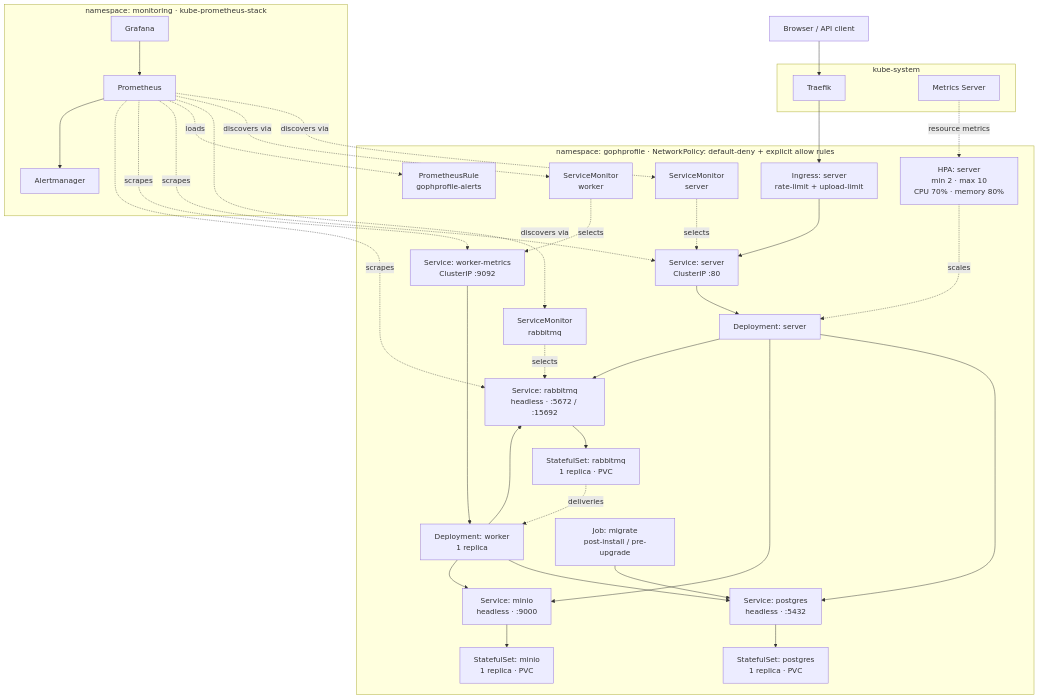
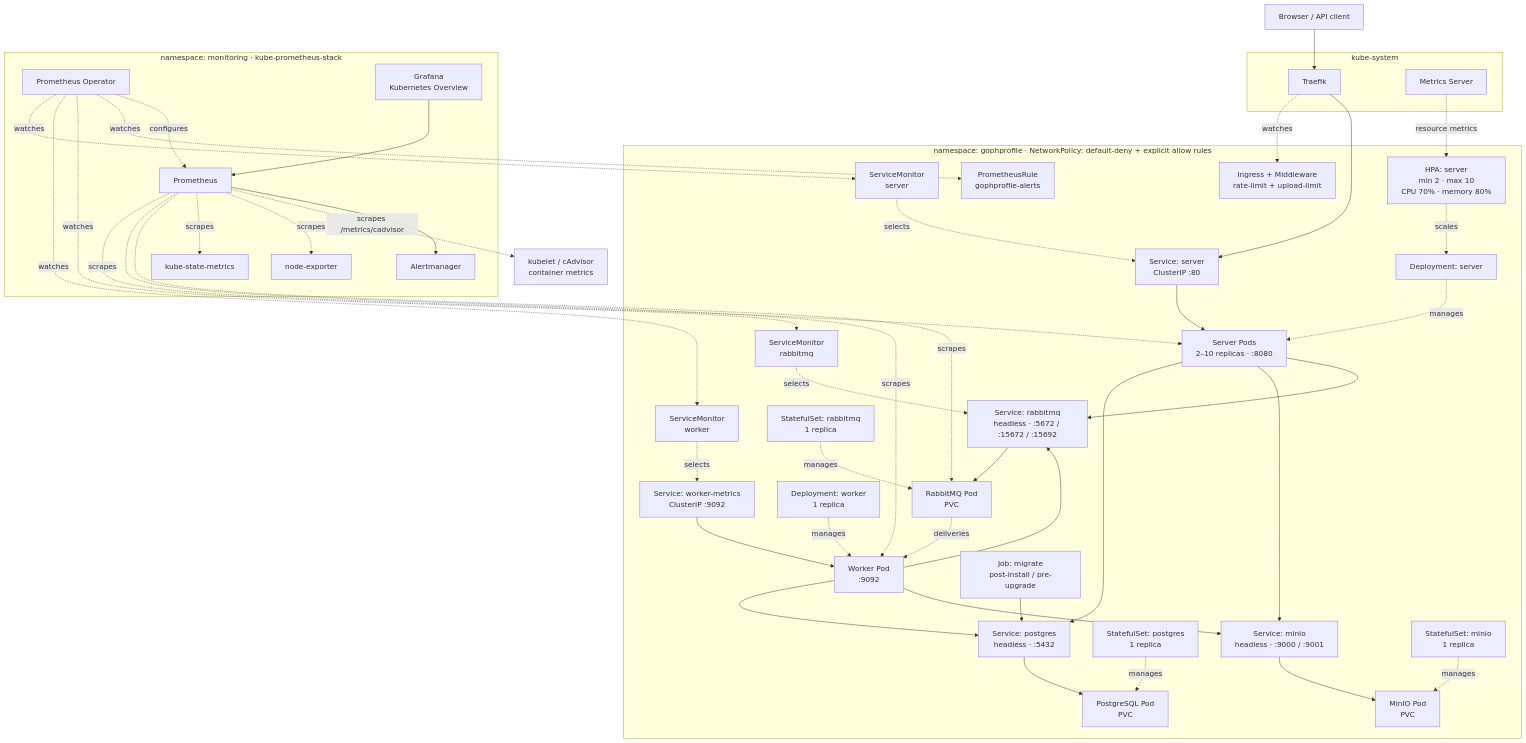
Before and after one commit to xhrobj/gophprofile: the second of 2 diagrams in README.md, drawn with Mermaid. The commit also changed other lines of this file and 2 other files, not shown here.

````diff
--- a/README.md
+++ b/README.md
@@ -230,6 +301,7 @@
 ```mermaid
 flowchart TB
     client["Browser / API client"]
+    kubelet["kubelet / cAdvisor<br/>container metrics"]
 
     subgraph system["kube-system"]
         traefik["Traefik"]
@@ -237,46 +309,62 @@
     end
 
     subgraph app["namespace: gophprofile · NetworkPolicy: default-deny + explicit allow rules"]
-        ingress["Ingress: server<br/>rate-limit + upload-limit"]
+        ingress["Ingress + Middleware<br/>rate-limit + upload-limit"]
 
         serverSvc["Service: server<br/>ClusterIP :80"]
-        server["Deployment: server"]
+        serverDeployment["Deployment: server"]
+        serverPods["Server Pods<br/>2–10 replicas · :8080"]
         hpa["HPA: server<br/>min 2 · max 10<br/>CPU 70% · memory 80%"]
 
         workerSvc["Service: worker-metrics<br/>ClusterIP :9092"]
-        worker["Deployment: worker<br/>1 replica"]
+        workerDeployment["Deployment: worker<br/>1 replica"]
+        workerPod["Worker Pod<br/>:9092"]
 
         migrate["Job: migrate<br/>post-install / pre-upgrade"]
 
         postgresSvc["Service: postgres<br/>headless · :5432"]
-        postgres["StatefulSet: postgres<br/>1 replica · PVC"]
+        postgresSet["StatefulSet: postgres<br/>1 replica"]
+        postgresPod["PostgreSQL Pod<br/>PVC"]
 
-        minioSvc["Service: minio<br/>headless · :9000"]
-        minio["StatefulSet: minio<br/>1 replica · PVC"]
+        minioSvc["Service: minio<br/>headless · :9000 / :9001"]
+        minioSet["StatefulSet: minio<br/>1 replica"]
+        minioPod["MinIO Pod<br/>PVC"]
 
-        rabbitSvc["Service: rabbitmq<br/>headless · :5672 / :15692"]
-        rabbit["StatefulSet: rabbitmq<br/>1 replica · PVC"]
+        rabbitSvc["Service: rabbitmq<br/>headless · :5672 / :15672 / :15692"]
+        rabbitSet["StatefulSet: rabbitmq<br/>1 replica"]
+        rabbitPod["RabbitMQ Pod<br/>PVC"]
 
         smServer["ServiceMonitor<br/>server"]
         smWorker["ServiceMonitor<br/>worker"]
         smRabbit["ServiceMonitor<br/>rabbitmq"]
         rules["PrometheusRule<br/>gophprofile-alerts"]
 
-        ingress --> serverSvc --> server
-        hpa -. scales .-> server
+        serverDeployment -. manages .-> serverPods
+        hpa -. scales .-> serverDeployment
+        serverSvc --> serverPods
 
-        server --> postgresSvc --> postgres
-        server --> minioSvc --> minio
-        server --> rabbitSvc --> rabbit
+        workerDeployment -. manages .-> workerPod
+        workerSvc --> workerPod
 
-        worker --> postgresSvc
-        worker --> minioSvc
-        worker --> rabbitSvc
-        rabbit -. deliveries .-> worker
+        postgresSet -. manages .-> postgresPod
+        postgresSvc --> postgresPod
+
+        minioSet -. manages .-> minioPod
+        minioSvc --> minioPod
+
+        rabbitSet -. manages .-> rabbitPod
+        rabbitSvc --> rabbitPod
+
+        serverPods --> postgresSvc
+        serverPods --> minioSvc
+        serverPods --> rabbitSvc
+
+        workerPod --> postgresSvc
+        workerPod --> minioSvc
+        workerPod --> rabbitSvc
+        rabbitPod -. deliveries .-> workerPod
 
         migrate --> postgresSvc
-
-        workerSvc --> worker
 
         smServer -. selects .-> serverSvc
         smWorker -. selects .-> workerSvc
@@ -284,23 +372,31 @@
     end
 
     subgraph monitoring["namespace: monitoring · kube-prometheus-stack"]
+        operator["Prometheus Operator"]
         prometheus["Prometheus"]
         alertmanager["Alertmanager"]
-        grafana["Grafana"]
+        grafana["Grafana<br/>Kubernetes Overview"]
+        kubeState["kube-state-metrics"]
+        nodeExporter["node-exporter"]
     end
 
-    client --> traefik --> ingress
+    traefik -. watches .-> ingress
+    client --> traefik --> serverSvc
 
     metricsServer -. resource metrics .-> hpa
 
-    prometheus -. discovers via .-> smServer
-    prometheus -. discovers via .-> smWorker
-    prometheus -. discovers via .-> smRabbit
-    prometheus -. loads .-> rules
+    operator -. watches .-> smServer
+    operator -. watches .-> smWorker
+    operator -. watches .-> smRabbit
+    operator -. watches .-> rules
+    operator -. configures .-> prometheus
 
-    prometheus -. scrapes .-> serverSvc
-    prometheus -. scrapes .-> workerSvc
-    prometheus -. scrapes .-> rabbitSvc
+    prometheus -. scrapes .-> serverPods
+    prometheus -. scrapes .-> workerPod
+    prometheus -. scrapes .-> rabbitPod
+    prometheus -. scrapes .-> kubeState
+    prometheus -. scrapes .-> nodeExporter
+    prometheus -. scrapes /metrics/cadvisor .-> kubelet
 
     prometheus --> alertmanager
     grafana --> prometheus
````
